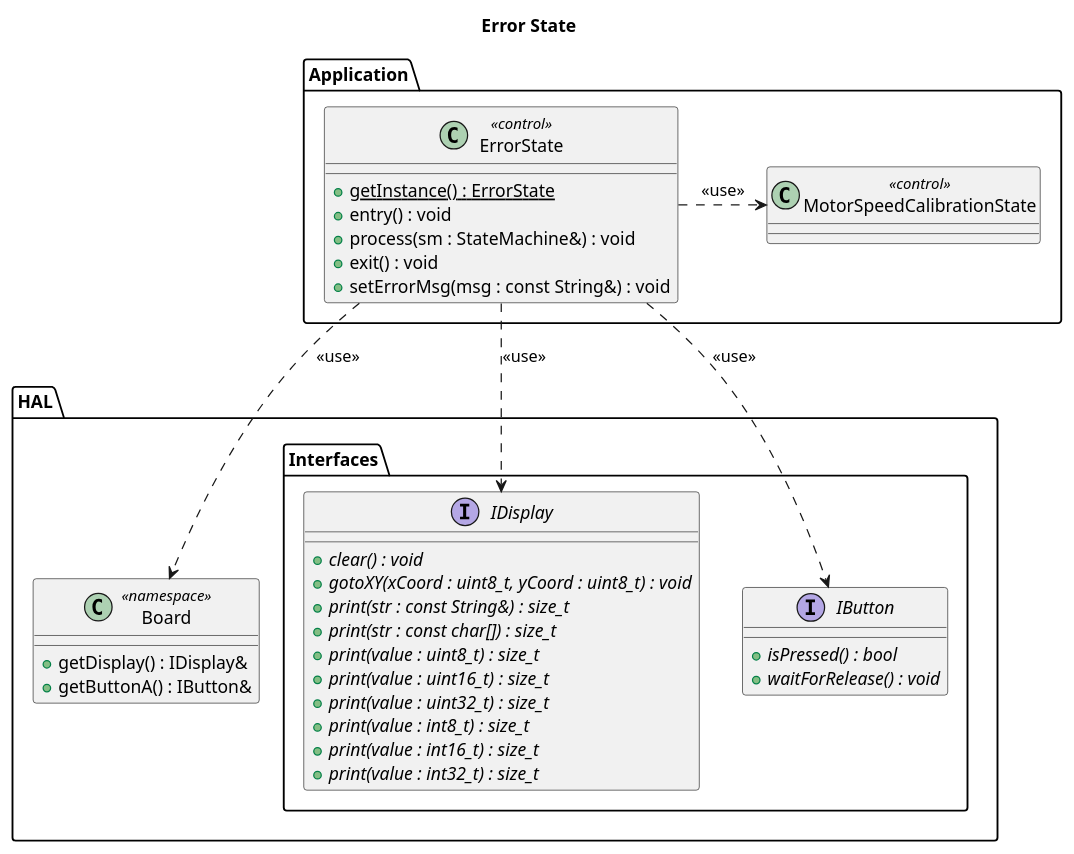
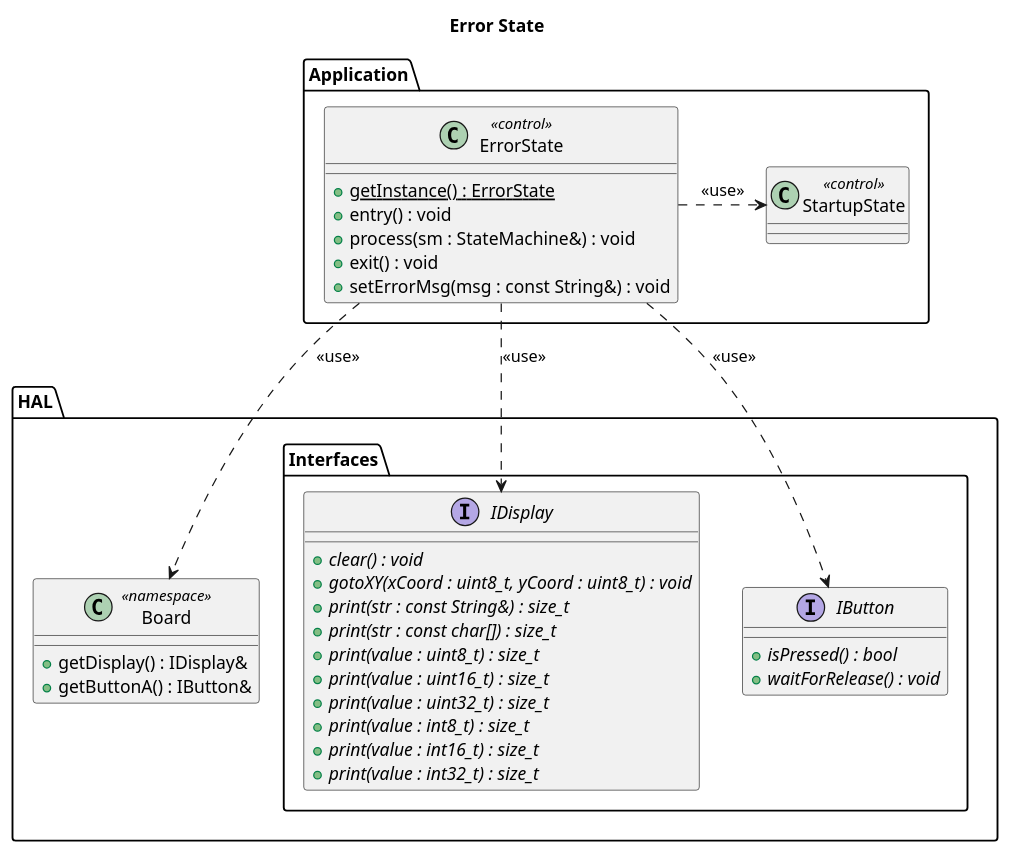
The diagram in doc/architecture/uml/LogicalView/LineFollower/ErrorState.plantuml (BlueAndi/RadonUlzer), drawn with PlantUML before and after one commit. The commit also changed 5 other files, not shown here.

Commit message:
Continue after Error state in Startup state. This has the advantage to repeat calibration if required.

```diff
--- a/doc/architecture/uml/LogicalView/LineFollower/ErrorState.plantuml
+++ b/doc/architecture/uml/LogicalView/LineFollower/ErrorState.plantuml
@@ -1,52 +1,52 @@
 @startuml
 
 title Error State
 
 package "Application" as appLayer {
 
     class ErrorState <<control>> {
         + {static} getInstance() : ErrorState
         + entry() : void
         + process(sm : StateMachine&) : void
         + exit() : void
         + setErrorMsg(msg : const String&) : void
     }
 
-    class MotorSpeedCalibrationState <<control>>
+    class StartupState <<control>>
 
-    ErrorState .r.> MotorSpeedCalibrationState: <<use>>
+    ErrorState .r.> StartupState: <<use>>
 }
 
 package "HAL" as hal {
 
     package "Interfaces" as halInterfaces {
         interface IDisplay {
             + {abstract} clear() : void
             + {abstract} gotoXY(xCoord : uint8_t, yCoord : uint8_t) : void
             + {abstract} print(str : const String&) : size_t
             + {abstract} print(str : const char[]) : size_t
             + {abstract} print(value : uint8_t) : size_t
             + {abstract} print(value : uint16_t) : size_t
             + {abstract} print(value : uint32_t) : size_t
             + {abstract} print(value : int8_t) : size_t
             + {abstract} print(value : int16_t) : size_t
             + {abstract} print(value : int32_t) : size_t
         }
 
         interface IButton {
             + {abstract} isPressed() : bool
             + {abstract} waitForRelease() : void
         }
     }
 
     class Board << namespace >> {
         + getDisplay() : IDisplay&
         + getButtonA() : IButton&
     }
 }
 
 ErrorState ..> Board: <<use>>
 ErrorState ..> IDisplay: <<use>>
 ErrorState ..> IButton: <<use>>
 
 @enduml
```
